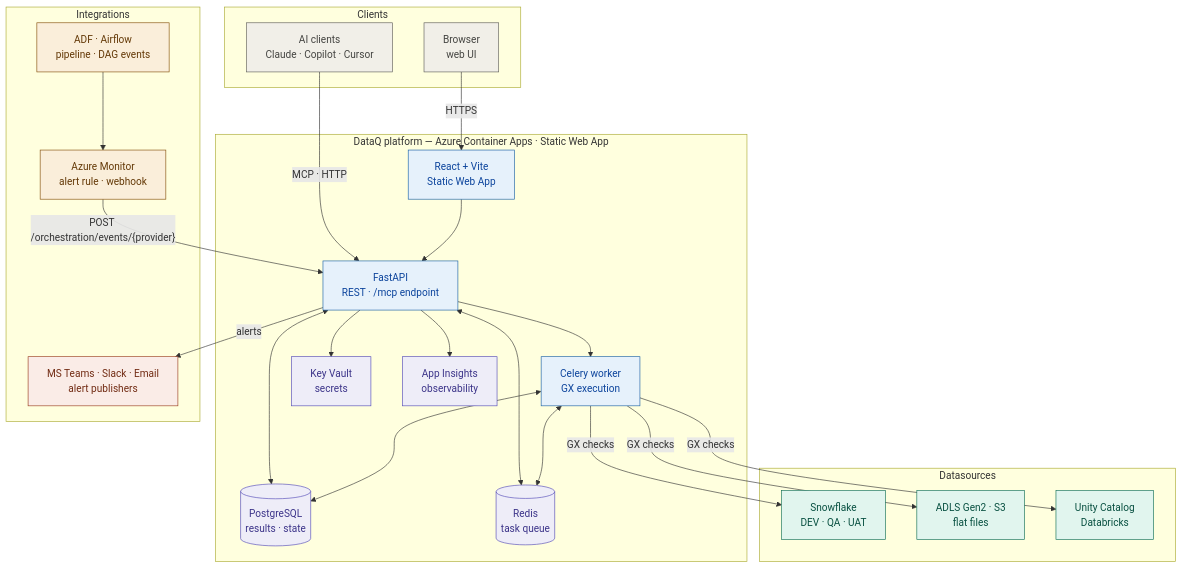
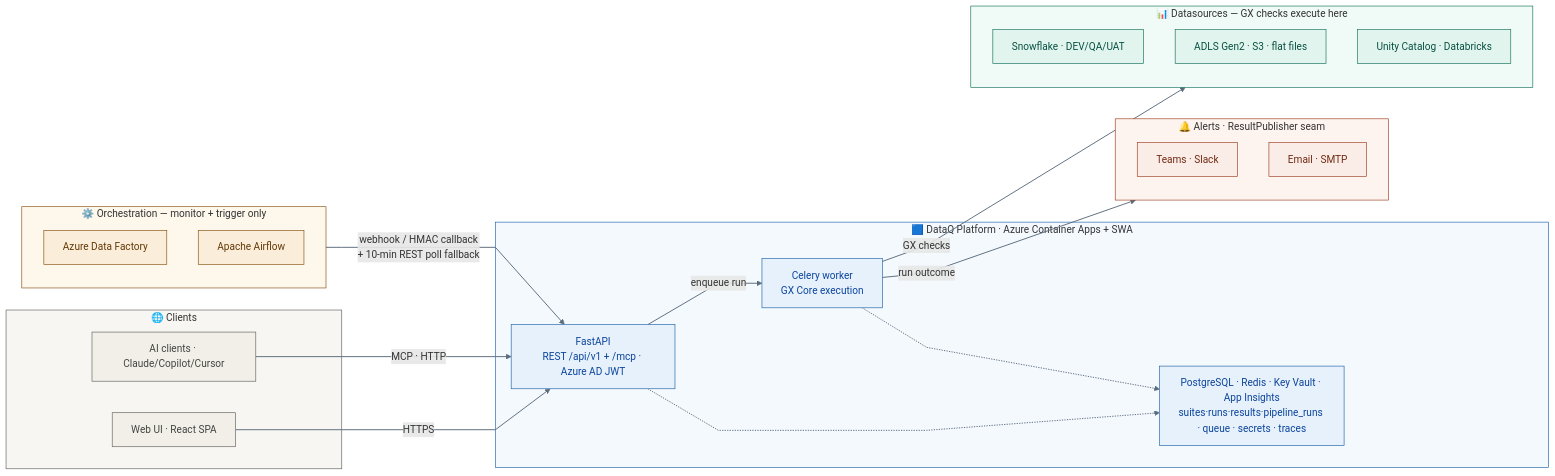
One commit to TheurgicDuke771/DataQ changed the diagram in docs/architecture.md. Above: the diagram before and after it, drawn with Mermaid. The commit also changed other lines of this file, not shown here.

Commit message:
docs: simplify architecture diagram — grouped buckets, icons, uniform L→R flow
Reframe by role: inputs (Clients, Orchestration) → DataQ platform → targets
(Datasources, Alerts). Collapses the prior ~14 boxes / mixed-direction arrows
into 5 icon-labelled groups with straight, neutral edges; same components +
flows, refreshed Legend to the 5 buckets. Keeps the Key-invariants section.

Entire-Checkpoint: 626947b565ca

````diff
--- a/docs/architecture.md
+++ b/docs/architecture.md
@@ -5,60 +5,52 @@
 ```mermaid
-flowchart TB
-    subgraph clients["Clients"]
-        Browser["Browser<br/>web UI"]
-        AI["AI clients<br/>Claude · Copilot · Cursor"]
+%%{init: {'flowchart': {'curve': 'linear'}}}%%
+flowchart LR
+    subgraph orch["⚙️ Orchestration — monitor + trigger only"]
+        ADF["Azure Data Factory"]
+        AF["Apache Airflow"]
+    end
+    subgraph clients["🌐 Clients"]
+        AICli["AI clients · Claude/Copilot/Cursor"]
+        Web["Web UI · React SPA"]
+    end
+    subgraph platform["🟦 DataQ Platform · Azure Container Apps + SWA"]
+        API["FastAPI<br/>REST /api/v1 + /mcp · Azure AD JWT"]
+        Worker["Celery worker<br/>GX Core execution"]
+        Infra["PostgreSQL · Redis · Key Vault · App Insights<br/>suites·runs·results·pipeline_runs · queue · secrets · traces"]
+    end
+    subgraph alerts["🔔 Alerts · ResultPublisher seam"]
+        Teams["Teams · Slack"]
+        Email["Email · SMTP"]
+    end
+    subgraph ds["📊 Datasources — GX checks execute here"]
+        SF["Snowflake · DEV/QA/UAT"]
+        Files["ADLS Gen2 · S3 · flat files"]
+        UC["Unity Catalog · Databricks"]
     end
 
-    subgraph platform["DataQ platform — Azure Container Apps · Static Web App"]
-        React["React + Vite<br/>Static Web App"]
-        FastAPI["FastAPI<br/>REST · /mcp endpoint"]
-        Celery["Celery worker<br/>GX execution"]
-        PG[("PostgreSQL<br/>results · state")]
-        Redis[("Redis<br/>task queue")]
-        KV["Key Vault<br/>secrets"]
-        AppIns["App Insights<br/>observability"]
-    end
+    Web -->|HTTPS| API
+    AICli -->|MCP · HTTP| API
+    orch -->|"webhook / HMAC callback<br/>+ 10-min REST poll fallback"| API
+    API -->|enqueue run| Worker
+    API -.-> Infra
+    Worker -.-> Infra
+    Worker -->|run outcome| alerts
+    Worker -->|GX checks| ds
 
-    subgraph datasources["Datasources"]
-        SF["Snowflake<br/>DEV · QA · UAT"]
-        ADLS["ADLS Gen2 · S3<br/>flat files"]
-        UC["Unity Catalog<br/>Databricks"]
-    end
-
-    subgraph integrations["Integrations"]
-        Orch["ADF · Airflow<br/>pipeline · DAG events"]
-        Monitor["Azure Monitor<br/>alert rule · webhook"]
-        Teams["MS Teams · Slack · Email<br/>alert publishers"]
-    end
-
-    Browser -->|HTTPS| React
-    AI -->|MCP · HTTP| FastAPI
-    React --> FastAPI
-    FastAPI <--> PG
-    FastAPI <--> Redis
-    FastAPI --> KV
-    FastAPI --> AppIns
-    FastAPI --> Celery
-    Celery <--> PG
-    Celery <--> Redis
-    Celery -->|GX checks| SF
-    Celery -->|GX checks| ADLS
-    Celery -->|GX checks| UC
-    Orch --> Monitor
-    Monitor -->|"POST /orchestration/events/{provider}"| FastAPI
-    FastAPI -->|alerts| Teams
-
-    classDef platform  fill:#E6F1FB,stroke:#185FA5,color:#0C449C
-    classDef infra     fill:#EEEDF8,stroke:#534AB7,color:#3C3489
-    classDef source    fill:#E1F5EE,stroke:#0F6E56,color:#085041
-    classDef integ     fill:#FAEEda,stroke:#854F0B,color:#633806
-    classDef notify    fill:#FAEce7,stroke:#993C1D,color:#712B13
-    classDef client    fill:#F1EFE8,stroke:#5F5E5A,color:#444441
-
-    class React,FastAPI,Celery platform
-    class PG,Redis,KV,AppIns infra
-    class SF,ADLS,UC source
-    class Orch,Monitor integ
-    class Teams notify
-    class Browser,AI client
+    classDef hub fill:#E6F1FB,stroke:#185FA5,color:#0C449C
+    classDef src fill:#E1F5EE,stroke:#0F6E56,color:#085041
+    classDef integ fill:#FAEEDA,stroke:#854F0B,color:#633806
+    classDef notify fill:#FAECE7,stroke:#993C1D,color:#712B13
+    classDef client fill:#F1EFE8,stroke:#5F5E5A,color:#444441
+    class API,Worker,Infra hub
+    class SF,Files,UC src
+    class ADF,AF integ
+    class Teams,Email notify
+    class Web,AICli client
+    style platform fill:#F4F9FE,stroke:#185FA5
+    style ds fill:#F0FBF7,stroke:#0F6E56
+    style orch fill:#FDF7EC,stroke:#854F0B
+    style alerts fill:#FDF3EF,stroke:#993C1D
+    style clients fill:#F7F6F2,stroke:#5F5E5A
+    linkStyle default stroke:#5B6B7B,stroke-width:1.5px
 ```
````
